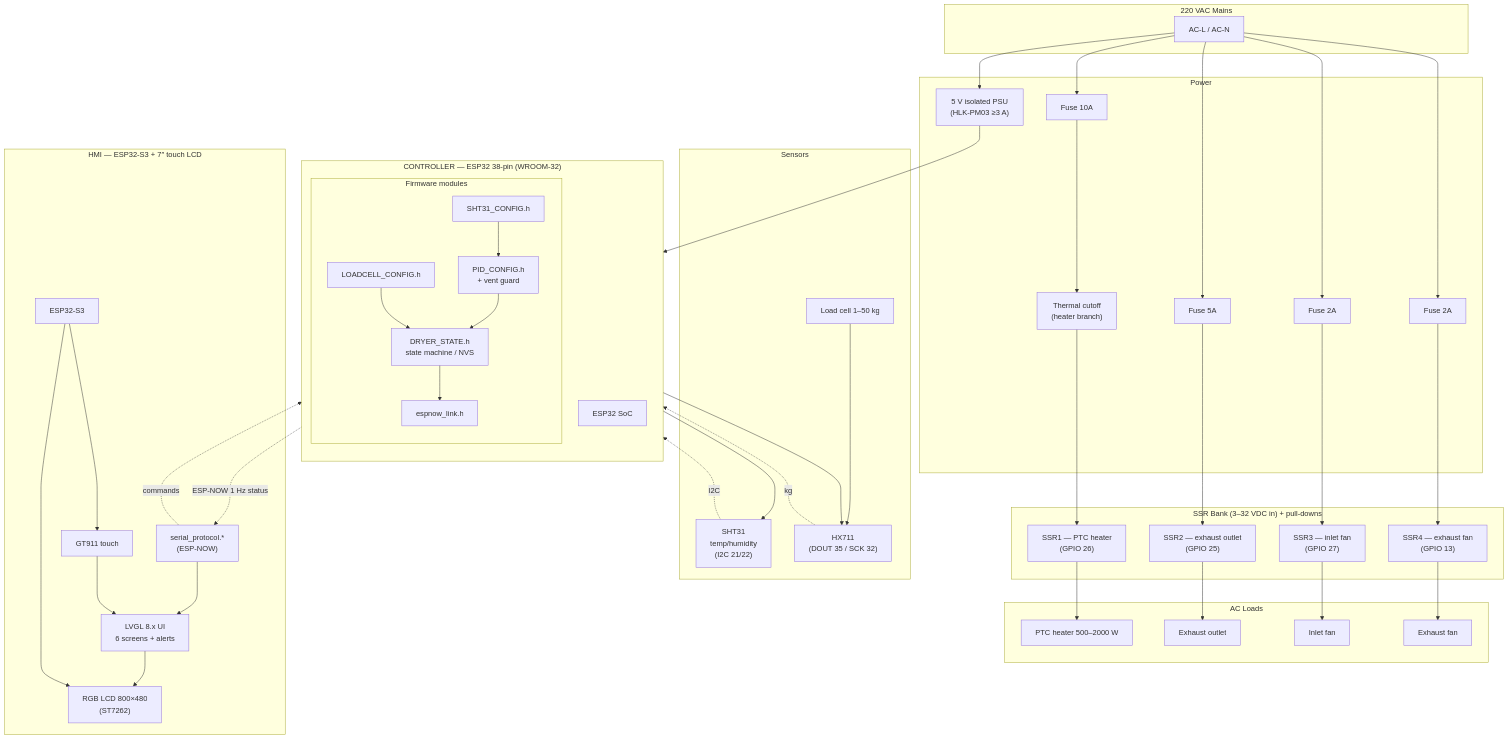
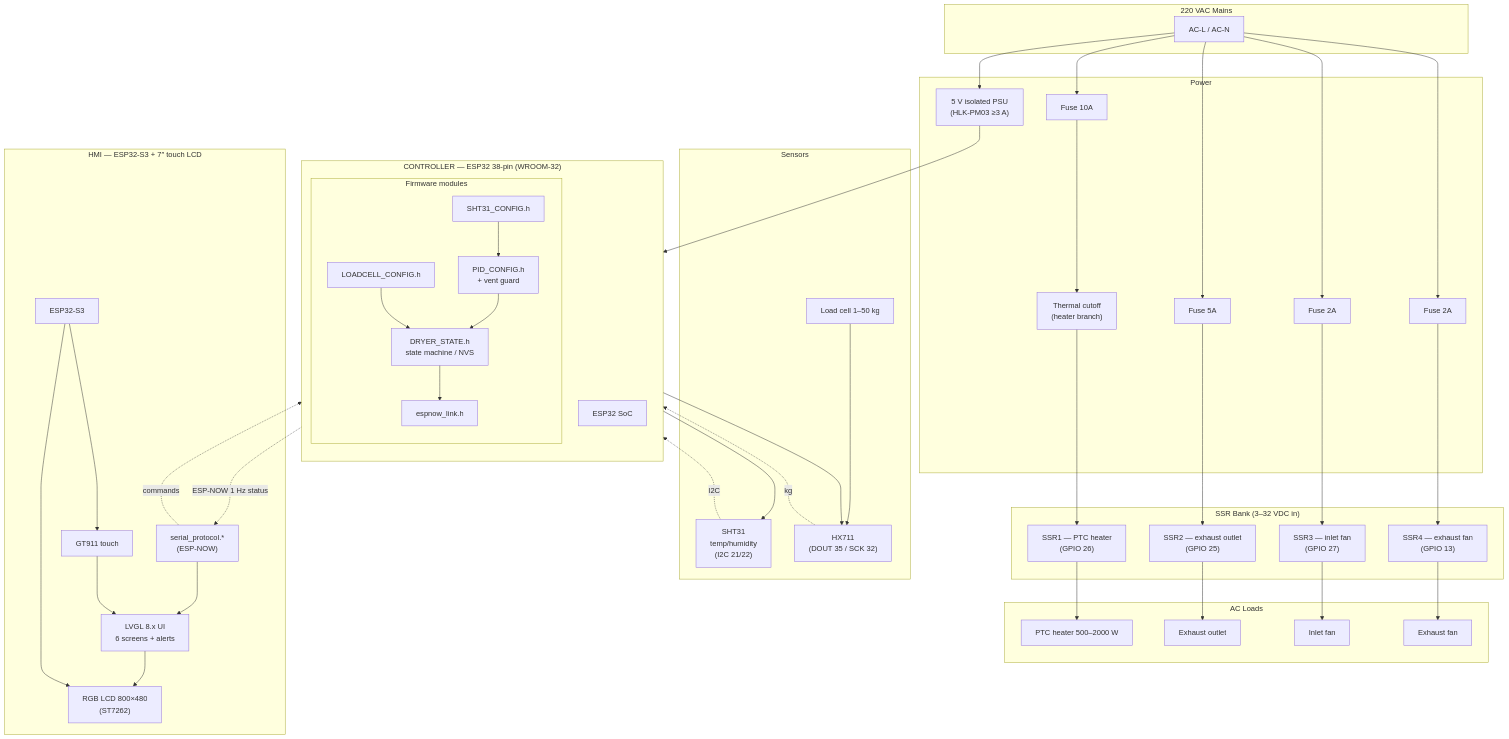
One commit to qppd/multi-dryer changed the diagram in docs/diagrams/block-diagram.md. Above: the diagram before and after it, drawn with Mermaid. The commit also changed other lines of this file and 8 other files, not shown here.

````diff
--- a/docs/diagrams/block-diagram.md
+++ b/docs/diagrams/block-diagram.md
@@ -5,77 +5,77 @@
 ```mermaid
 flowchart TB
     subgraph AC["220 VAC Mains"]
         M[AC-L / AC-N]
     end
 
     subgraph PWR["Power"]
         PSU["5 V isolated PSU<br/>(HLK-PM03 ≥3 A)"]
         F1["Fuse 10A"] & F2["Fuse 5A"] & F3["Fuse 2A"] & F4["Fuse 2A"]
         TCO["Thermal cutoff<br/>(heater branch)"]
     end
 
     subgraph CTRL["CONTROLLER — ESP32 38-pin (WROOM-32)"]
         direction TB
         ESP["ESP32 SoC"]
         subgraph MOD["Firmware modules"]
             SHT["SHT31_CONFIG.h"]
             LC["LOADCELL_CONFIG.h"]
             PID["PID_CONFIG.h<br/>+ vent guard"]
             ST["DRYER_STATE.h<br/>state machine / NVS"]
             LNK["espnow_link.h"]
         end
     end
 
     subgraph SENS["Sensors"]
         S31["SHT31<br/>temp/humidity<br/>(I2C 21/22)"]
         HX["HX711<br/>(DOUT 35 / SCK 32)"]
         CELL["Load cell 1–50 kg"]
     end
 
-    subgraph SSR["SSR Bank (3–32 VDC in) + pull-downs"]
+    subgraph SSR["SSR Bank (3–32 VDC in)"]
         R1["SSR1 — PTC heater<br/>(GPIO 26)"]
         R2["SSR2 — exhaust outlet<br/>(GPIO 25)"]
         R3["SSR3 — inlet fan<br/>(GPIO 27)"]
         R4["SSR4 — exhaust fan<br/>(GPIO 13)"]
     end
 
     subgraph LOADS["AC Loads"]
         HTR["PTC heater 500–2000 W"]
         OUT["Exhaust outlet"]
         IF["Inlet fan"]
         EF["Exhaust fan"]
     end
 
     subgraph HMI["HMI — ESP32-S3 + 7″ touch LCD"]
         HMI_ESP["ESP32-S3"]
         DSP["RGB LCD 800×480<br/>(ST7262)"]
         TCH["GT911 touch"]
         LVGL["LVGL 8.x UI<br/>6 screens + alerts"]
         PROTO["serial_protocol.*<br/>(ESP-NOW)"]
     end
 
     M --> PSU --> ESP
     ESP --> S31 & HX
     CELL --> HX
     S31 -.->|I2C| SHT
     HX -.->|kg| LC
     M --> F1 --> TCO --> R1
     M --> F2 --> R2
     M --> F3 --> R3
     M --> F4 --> R4
     R1 --> HTR
     R2 --> OUT
     R3 --> IF
     R4 --> EF
 
     SHT --> PID
     LC --> ST
     PID --> ST
     ST --> LNK
     LNK -. "ESP-NOW 1 Hz status" .-> PROTO
     PROTO -. "commands" .-> LNK
     PROTO --> LVGL
     LVGL --> DSP
     TCH --> LVGL
     HMI_ESP --> DSP & TCH
 ```
````
